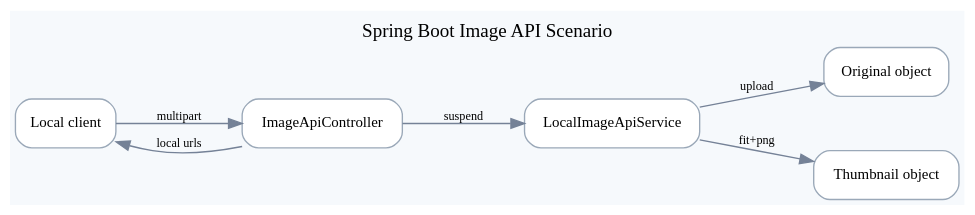
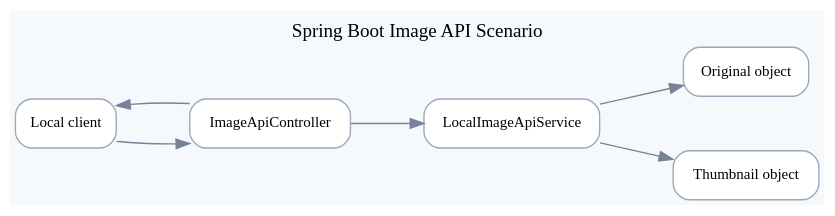
One commit to bluetape4k/bluetape4k-image changed the diagram in docs/images/readme-diagrams/examples-spring-boot-image-api-scenario-01.dot. Above: the diagram before and after it, drawn with Graphviz. The commit also changed 47 other files, not shown here.

First line of the commit message:
docs: make README diagrams readable at rendered size

```diff
--- a/docs/images/readme-diagrams/examples-spring-boot-image-api-scenario-01.dot
+++ b/docs/images/readme-diagrams/examples-spring-boot-image-api-scenario-01.dot
@@ -1,17 +1,17 @@
 digraph G {
   graph [rankdir=LR, bgcolor="#F6F9FC", margin=0.18, nodesep=0.55, ranksep=0.75];
   node [shape=box, style="rounded,filled", fillcolor="#FFFFFF", color="#9AA8B8", fontname="Comic Mono", fontsize=11];
   edge [color="#758297", fontname="Comic Mono", fontsize=9];
   label="Spring Boot Image API Scenario";
   labelloc="t";
   "client" [label="Local client"];
   "controller" [label="ImageApiController"];
   "service" [label="LocalImageApiService"];
   "original" [label="Original object"];
   "thumbnail" [label="Thumbnail object"];
-  "client" -> "controller" [label="multipart"];
-  "controller" -> "service" [label="suspend"];
-  "service" -> "original" [label="upload"];
-  "service" -> "thumbnail" [label="fit+png"];
-  "controller" -> "client" [label="local urls"];
+  "client" -> "controller" [label=""];
+  "controller" -> "service" [label=""];
+  "service" -> "original" [label=""];
+  "service" -> "thumbnail" [label=""];
+  "controller" -> "client" [label=""];
 }
```
